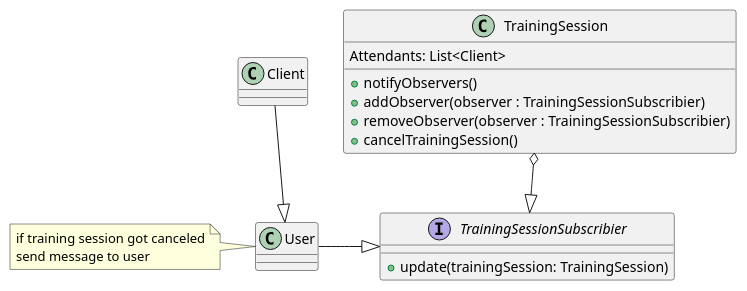
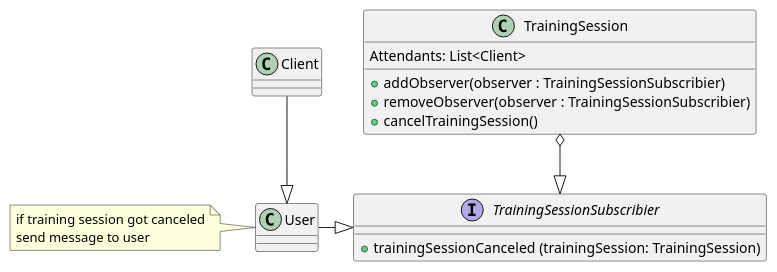
One commit to filip-stepien/software-engineering-lab changed the diagram in src/pattern_diagrams/rafal/observer.puml. Above: the diagram before and after it, drawn with PlantUML. The commit also changed 1 other file, not shown here.

```diff
--- a/src/pattern_diagrams/rafal/observer.puml
+++ b/src/pattern_diagrams/rafal/observer.puml
@@ -1,33 +1,32 @@
 @startuml observer
 class User {
   
 }
 
 Note left of User{
   if training session got canceled
   send message to user
 }
 
 Class Client {
 
 }
 
 Client --|> User
 
 interface TrainingSessionSubscribier{
-  + update(trainingSession: TrainingSession)
+  +trainingSessionCanceled (trainingSession: TrainingSession)
 }
 
 TrainingSession o--|> TrainingSessionSubscribier
 User -|> TrainingSessionSubscribier
 
 class TrainingSession{
   Attendants: List<Client>
 
-  + notifyObservers()
   + addObserver(observer : TrainingSessionSubscribier)
   + removeObserver(observer : TrainingSessionSubscribier)
   + cancelTrainingSession()
 }
 
 @enduml
```
